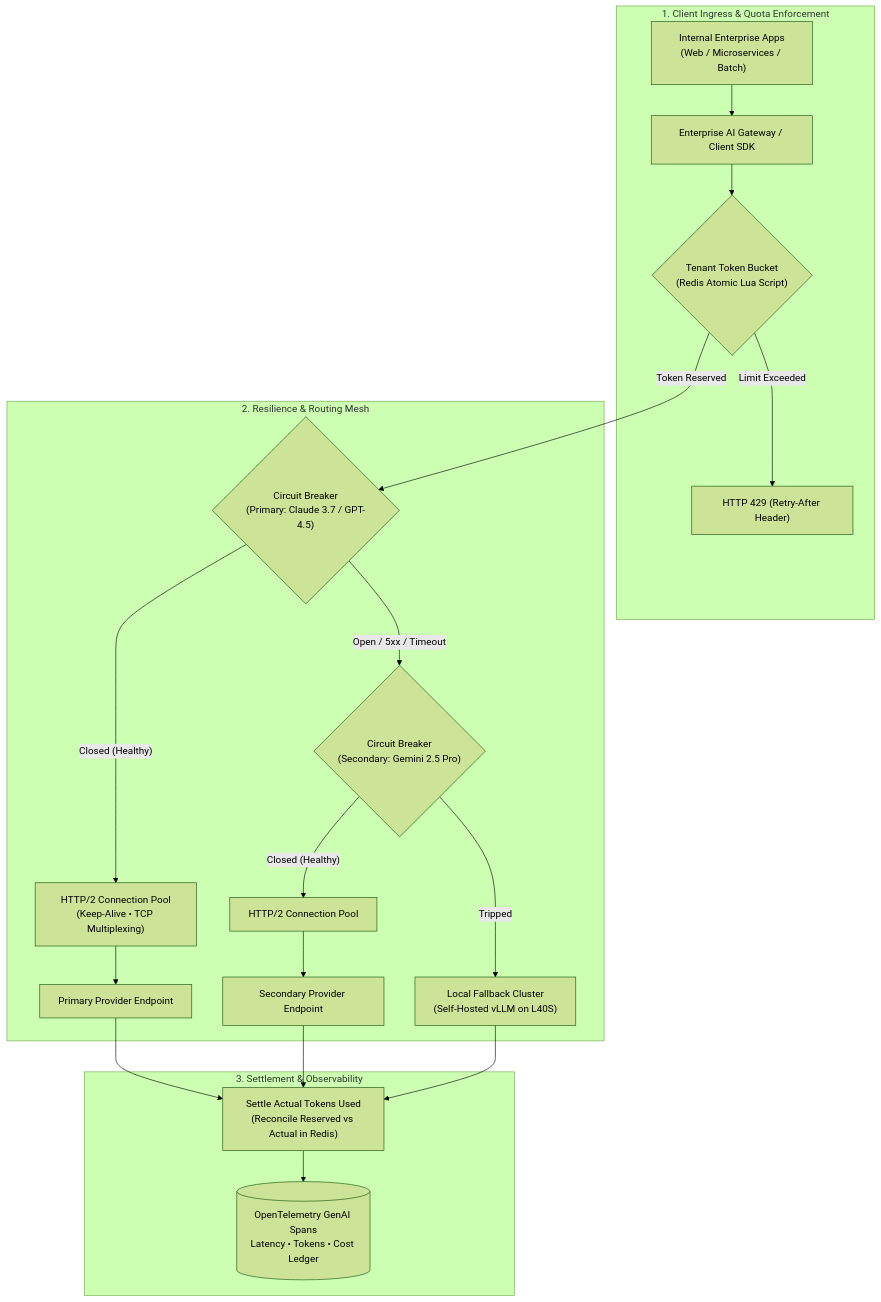
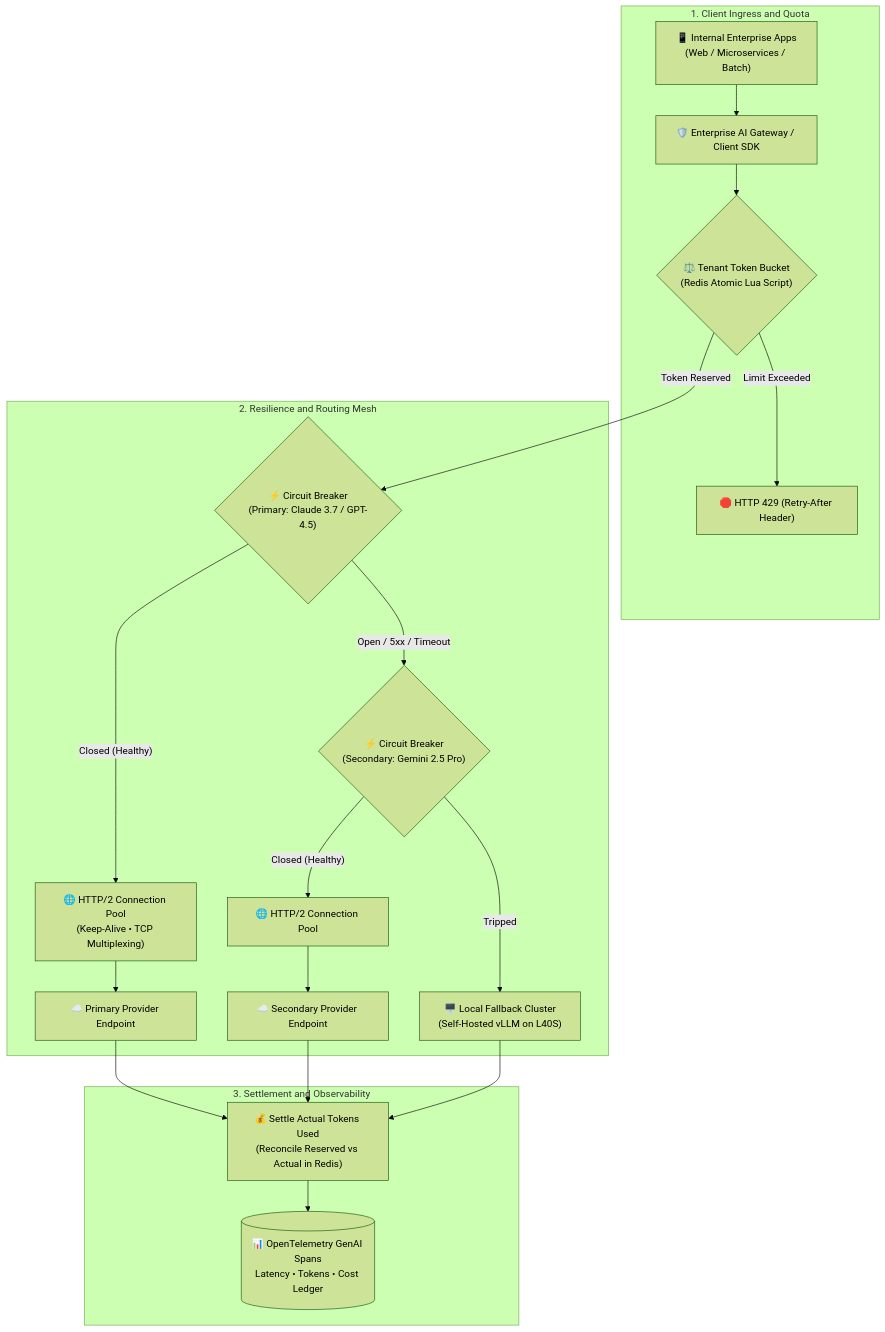
Before and after one commit to dip4k/senior-engineer-to-ai-engineer-roadmap: the first of 2 diagrams in use-cases/use-case-02-enterprise-sdks-resilience.md, drawn with Mermaid (forest theme). The commit also changed 94 other files, not shown here.

Commit message:
refactor(curriculum): complete Phase 04 upgrade and enforce diagram renderer invariants

````diff
--- a/use-cases/use-case-02-enterprise-sdks-resilience.md
+++ b/use-cases/use-case-02-enterprise-sdks-resilience.md
@@ -22,28 +22,28 @@
 ```mermaid
 flowchart TD
-    subgraph ClientLayer["1. Client Ingress & Quota Enforcement"]
-        App["Internal Enterprise Apps<br>(Web / Microservices / Batch)"] --> Gateway["Enterprise AI Gateway / Client SDK"]
-        Gateway --> Quota{"Tenant Token Bucket<br>(Redis Atomic Lua Script)"}
-        Quota -- "Limit Exceeded" --> Err429["HTTP 429 (Retry-After Header)"]
+    subgraph ClientLayer["1. Client Ingress and Quota"]
+        App["📱 Internal Enterprise Apps<br>(Web / Microservices / Batch)"] --> Gateway["🛡️ Enterprise AI Gateway / Client SDK"]
+        Gateway --> Quota{"⚖️ Tenant Token Bucket<br>(Redis Atomic Lua Script)"}
+        Quota -- "Limit Exceeded" --> Err429["🛑 HTTP 429 (Retry-After Header)"]
     end
 
-    subgraph ResilienceLayer["2. Resilience & Routing Mesh"]
-        Quota -- "Token Reserved" --> CircuitPrimary{"Circuit Breaker<br>(Primary: Claude 3.7 / GPT-4.5)"}
+    subgraph ResilienceLayer["2. Resilience and Routing Mesh"]
+        Quota -- "Token Reserved" --> CircuitPrimary{"⚡ Circuit Breaker<br>(Primary: Claude 3.7 / GPT-4.5)"}
         
-        CircuitPrimary -- "Closed (Healthy)" --> PoolPrimary["HTTP/2 Connection Pool<br>(Keep-Alive • TCP Multiplexing)"]
-        PoolPrimary --> PrimaryProvider["Primary Provider Endpoint"]
+        CircuitPrimary -- "Closed (Healthy)" --> PoolPrimary["🌐 HTTP/2 Connection Pool<br>(Keep-Alive • TCP Multiplexing)"]
+        PoolPrimary --> PrimaryProvider["☁️ Primary Provider Endpoint"]
         
-        CircuitPrimary -- "Open / 5xx / Timeout" --> CircuitSecondary{"Circuit Breaker<br>(Secondary: Gemini 2.5 Pro)"}
-        CircuitSecondary -- "Closed (Healthy)" --> PoolSecondary["HTTP/2 Connection Pool"]
-        PoolSecondary --> SecondaryProvider["Secondary Provider Endpoint"]
+        CircuitPrimary -- "Open / 5xx / Timeout" --> CircuitSecondary{"⚡ Circuit Breaker<br>(Secondary: Gemini 2.5 Pro)"}
+        CircuitSecondary -- "Closed (Healthy)" --> PoolSecondary["🌐 HTTP/2 Connection Pool"]
+        PoolSecondary --> SecondaryProvider["☁️ Secondary Provider Endpoint"]
         
-        CircuitSecondary -- "Tripped" --> LocalFallback["Local Fallback Cluster<br>(Self-Hosted vLLM on L40S)"]
+        CircuitSecondary -- "Tripped" --> LocalFallback["🖥️ Local Fallback Cluster<br>(Self-Hosted vLLM on L40S)"]
     end
 
-    subgraph TelemetryLayer["3. Settlement & Observability"]
-        PrimaryProvider --> Settle["Settle Actual Tokens Used<br>(Reconcile Reserved vs Actual in Redis)"]
+    subgraph TelemetryLayer["3. Settlement and Observability"]
+        PrimaryProvider --> Settle["💰 Settle Actual Tokens Used<br>(Reconcile Reserved vs Actual in Redis)"]
         SecondaryProvider --> Settle
         LocalFallback --> Settle
-        Settle --> OTel[("OpenTelemetry GenAI Spans<br>Latency • Tokens • Cost Ledger")]
+        Settle --> OTel[("📊 OpenTelemetry GenAI Spans<br>Latency • Tokens • Cost Ledger")]
     end
 ```
````
